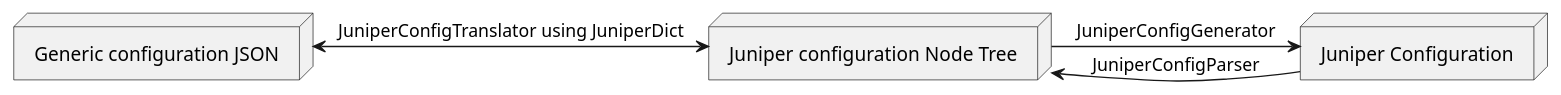
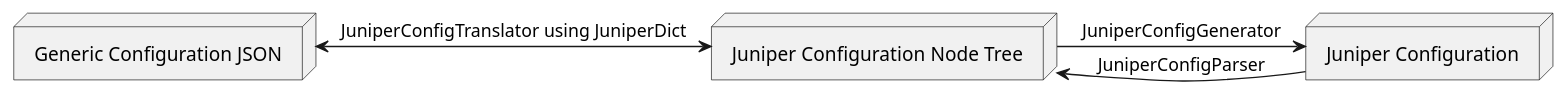
Before and after one commit to maciej-czajkowski/generic-network-configuration: the diagram in project/docs/flowJuniper.iuml, drawn with PlantUML. The commit also changed 1 other file, not shown here.

```diff
--- a/project/docs/flowJuniper.iuml
+++ b/project/docs/flowJuniper.iuml
@@ -1,12 +1,12 @@
 @startuml Juniper Flow
 
-node generic as "Generic configuration JSON"
-node juniper_tree as "Juniper configuration Node Tree"
+node generic as "Generic Configuration JSON"
+node juniper_tree as "Juniper Configuration Node Tree"
 node juniper as "Juniper Configuration"
 
 
 generic <-> juniper_tree : JuniperConfigTranslator using JuniperDict
 juniper_tree -> juniper : JuniperConfigGenerator
 juniper -> juniper_tree : JuniperConfigParser
 
 @enduml
```
